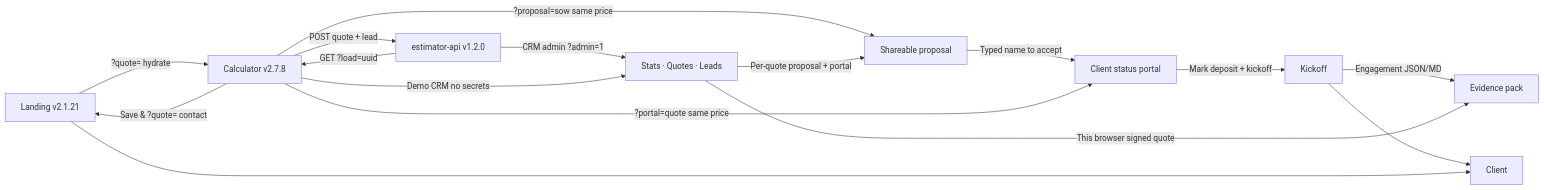
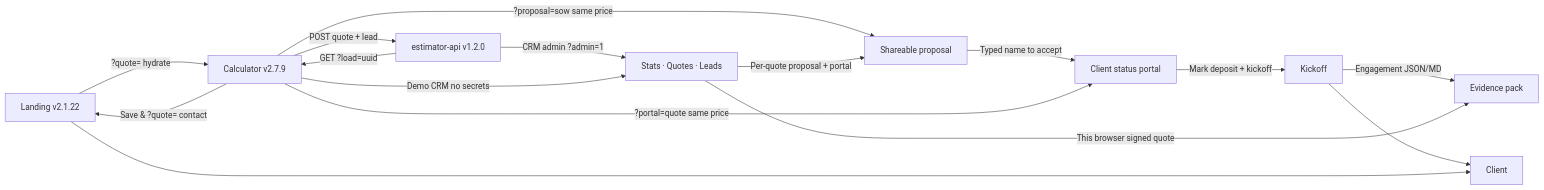
The diagram in README.md (pixellayer7-jpg/pixellayer7-jpg), drawn with Mermaid before and after one commit. The commit also changed other lines of this file and 4 other files, not shown here.

Commit message:
Sync docs: Playwright e2e (Landing v2.1.22, Calculator v2.7.9), Rongen v1.2.5 on Node 22

````diff
--- a/README.md
+++ b/README.md
@@ -21,18 +21,18 @@
 ```mermaid
 flowchart LR
-  A[Landing v2.1.21] -->|?quote= hydrate| B[Calculator v2.7.8]
+  A[Landing v2.1.22] -->|?quote= hydrate| B[Calculator v2.7.9]
   B -->|Save & ?quote= contact| A
   B -->|?proposal=sow same price| R[Shareable proposal]
   R -->|Typed name to accept| P[Client status portal]
   P -->|Mark deposit + kickoff| K[Kickoff]
   K -->|Engagement JSON/MD| X[Evidence pack]
   B -->|?portal=quote same price| P
   B -->|POST quote + lead| D[estimator-api v1.2.0]
   D -->|CRM admin ?admin=1| E[Stats · Quotes · Leads]
   B -->|Demo CRM no secrets| E
   E -->|This browser signed quote| X
   E -->|Per-quote proposal + portal| R
   K --> F[Client]
   D -->|GET ?load=uuid| B
   A --> F[Client]
 ```
````
